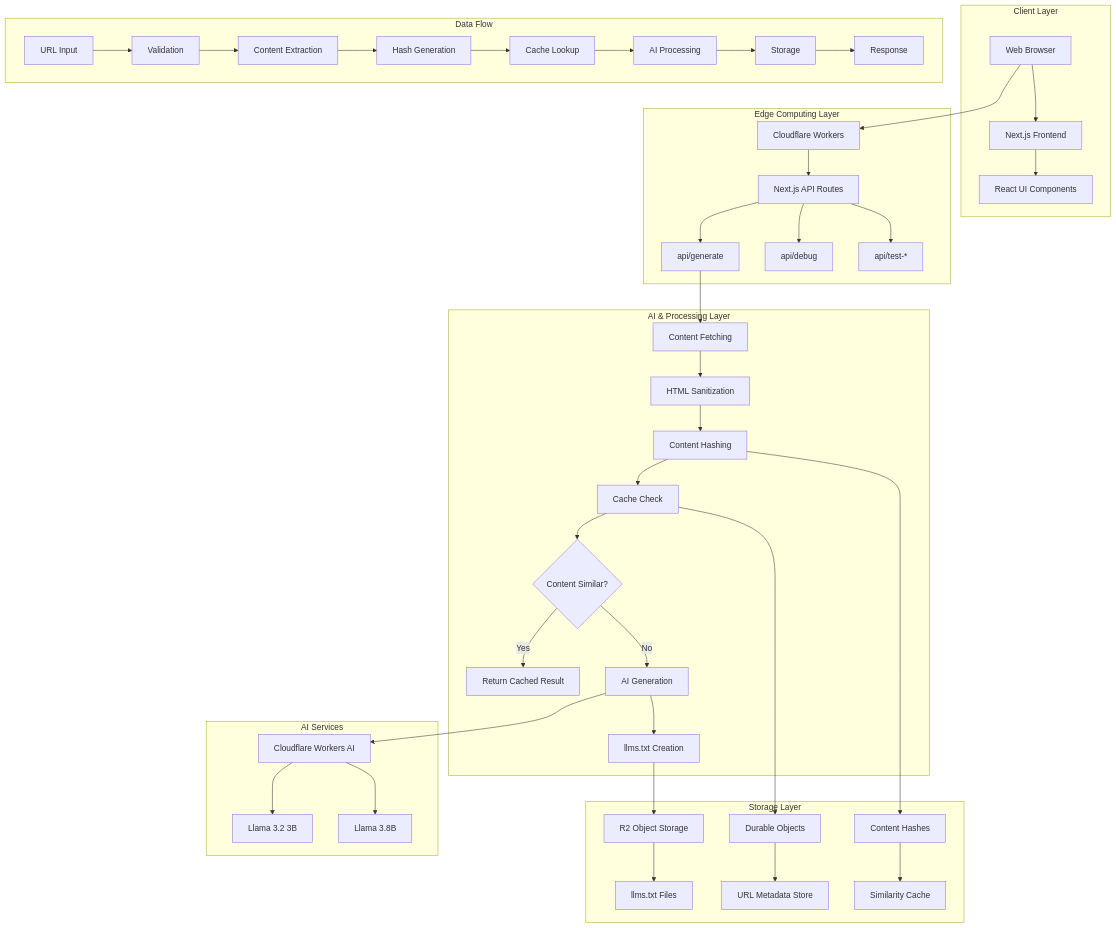
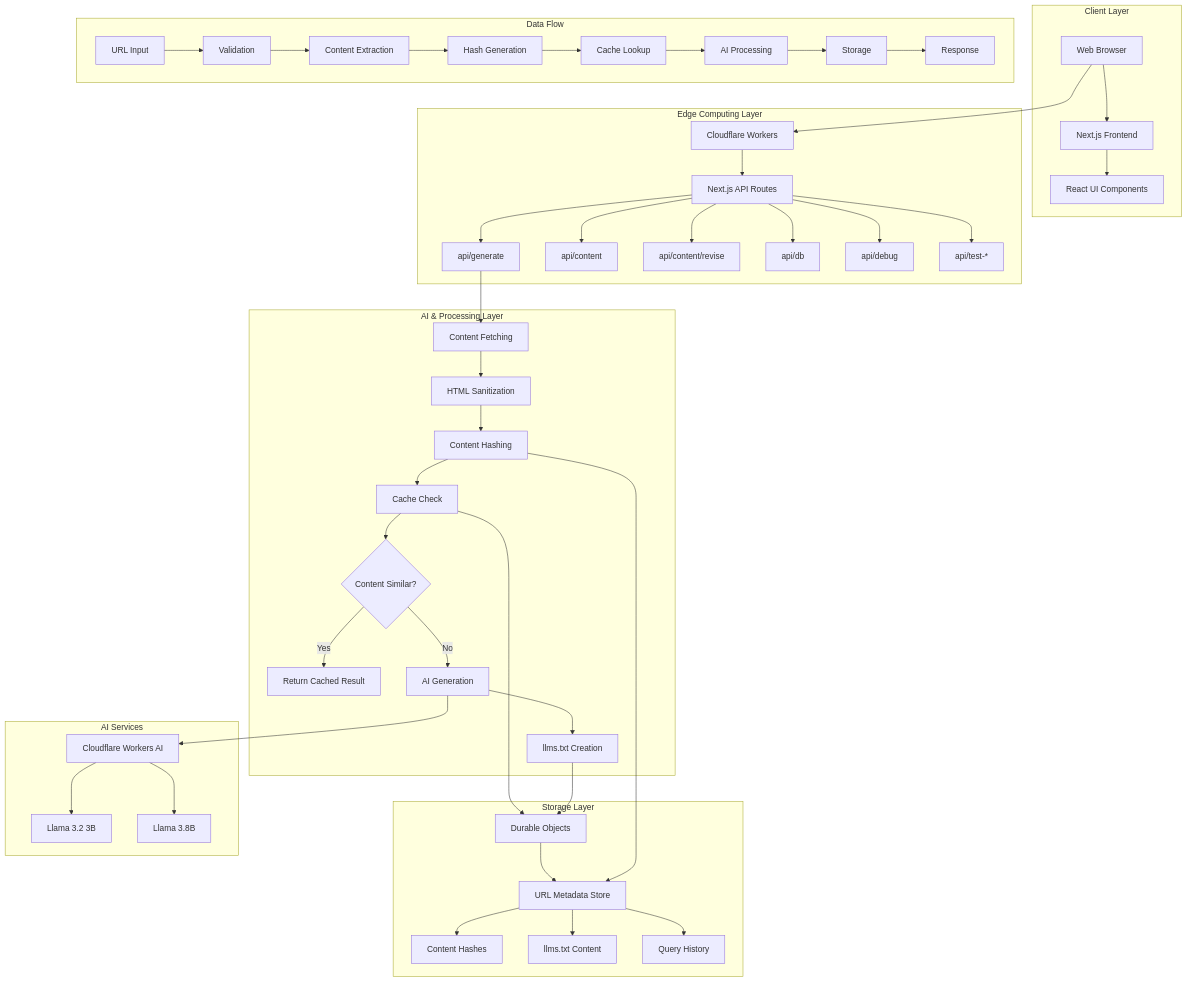
One commit to CameronWhiteside/llms-txt-generator changed the first of 4 diagrams in README.md. Above: the diagram before and after it, drawn with Mermaid. The commit also changed other lines of this file and 14 other files, not shown here.

````diff
--- a/README.md
+++ b/README.md
@@ -7,52 +7,56 @@
 ```mermaid
 graph TB
     subgraph "Client Layer"
         A[Web Browser] --> B[Next.js Frontend]
         B --> C[React UI Components]
     end
 
     subgraph "Edge Computing Layer"
         D[Cloudflare Workers] --> E[Next.js API Routes]
         E --> F[api/generate]
-        E --> G[api/debug]
-        E --> H[api/test-*]
+        E --> G[api/content]
+        E --> H[api/content/revise]
+        E --> I[api/db]
+        E --> J[api/debug]
+        E --> K[api/test-*]
     end
 
     subgraph "AI & Processing Layer"
-        F --> I[Content Fetching]
-        I --> J[HTML Sanitization]
-        J --> K[Content Hashing]
-        K --> L[Cache Check]
-        L --> M{Content Similar?}
-        M -->|Yes| N[Return Cached Result]
-        M -->|No| O[AI Generation]
-        O --> P[llms.txt Creation]
+        F --> L[Content Fetching]
+        L --> M[HTML Sanitization]
+        M --> N[Content Hashing]
+        N --> O[Cache Check]
+        O --> P{Content Similar?}
+        P -->|Yes| Q[Return Cached Result]
+        P -->|No| R[AI Generation]
+        R --> S[llms.txt Creation]
     end
 
     subgraph "Storage Layer"
-        Q[R2 Object Storage] --> R[llms.txt Files]
-        S[Durable Objects] --> T[URL Metadata Store]
-        U[Content Hashes] --> V[Similarity Cache]
+        T[Durable Objects] --> U[URL Metadata Store]
+        U --> V[Content Hashes]
+        U --> W[llms.txt Content]
+        U --> X[Query History]
     end
 
     subgraph "AI Services"
-        W[Cloudflare Workers AI] --> X[Llama 3.2 3B]
-        W --> Y[Llama 3.8B]
+        Y[Cloudflare Workers AI] --> Z[Llama 3.2 3B]
+        Y --> AA[Llama 3.8B]
     end
 
     subgraph "Data Flow"
-        Z[URL Input] --> AA[Validation]
-        AA --> BB[Content Extraction]
-        BB --> CC[Hash Generation]
-        CC --> DD[Cache Lookup]
-        DD --> EE[AI Processing]
-        EE --> FF[Storage]
-        FF --> GG[Response]
+        BB[URL Input] --> CC[Validation]
+        CC --> DD[Content Extraction]
+        DD --> EE[Hash Generation]
+        EE --> FF[Cache Lookup]
+        FF --> GG[AI Processing]
+        GG --> HH[Storage]
+        HH --> II[Response]
     end
 
     A --> D
-    L --> S
-    P --> Q
-    O --> W
-    K --> U
+    O --> T
+    S --> T
+    R --> Y
+    N --> U
 ```
````
